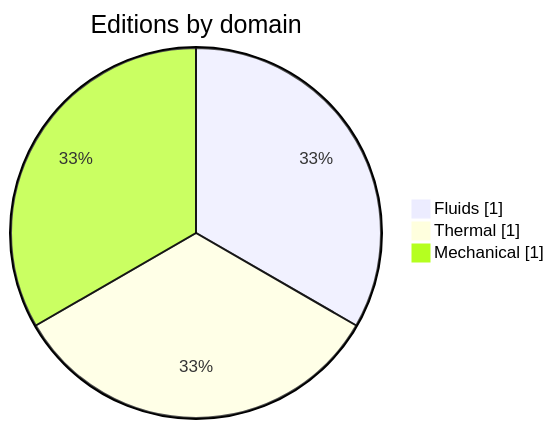
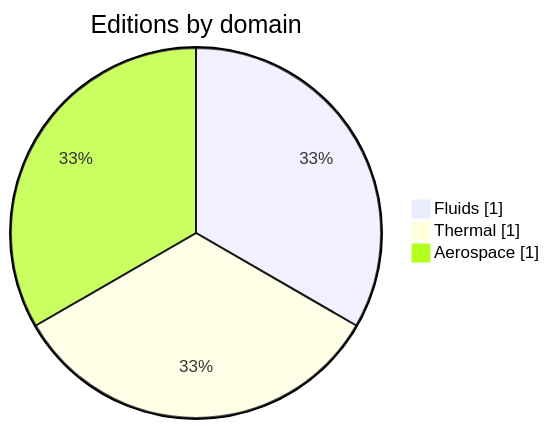
Before and after one commit to omax404/acta-problemata: the second of 2 diagrams in README.md, drawn with Mermaid. The commit also changed other lines of this file and 6 other files, not shown here.

````diff
--- a/README.md
+++ b/README.md
@@ -155,6 +155,6 @@
 ```mermaid
 pie showData title Editions by domain
   "Fluids" : 1
   "Thermal" : 1
-  "Mechanical" : 1
+  "Aerospace" : 1
 ```
````
